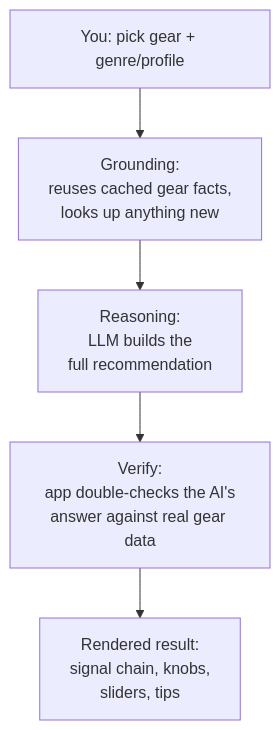
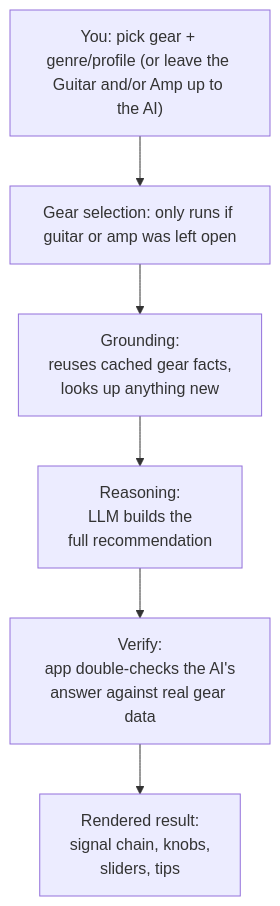
One commit to JerryGray/guitar-tone-advisor-writeup changed the diagram in README.md. Above: the diagram before and after it, drawn with Mermaid. The commit also changed other lines of this file, not shown here.

First line of the commit message:
Enhance recommendation process with AI selection

````diff
--- a/README.md
+++ b/README.md
@@ -64,7 +65,8 @@
 ```mermaid
 flowchart TD
-  A["You: pick gear + genre/profile"] --> B["Grounding:\nreuses cached gear facts,\nlooks up anything new"]
-  B --> C["Reasoning:\nLLM builds the\nfull recommendation"]
-  C --> D["Verify:\napp double-checks the AI's\nanswer against real gear data"]
-  D --> E["Rendered result:\nsignal chain, knobs,\nsliders, tips"]
+  A["You: pick gear + genre/profile (or leave the Guitar and/or Amp up to the AI)"] --> B["Gear selection: only runs if guitar or amp was left open"]
+  B --> C["Grounding:\nreuses cached gear facts,\nlooks up anything new"]
+  C --> D["Reasoning:\nLLM builds the\nfull recommendation"]
+  D --> E["Verify:\napp double-checks the AI's\nanswer against real gear data"]
+  E --> F["Rendered result:\nsignal chain, knobs,\nsliders, tips"]
 ```
````
